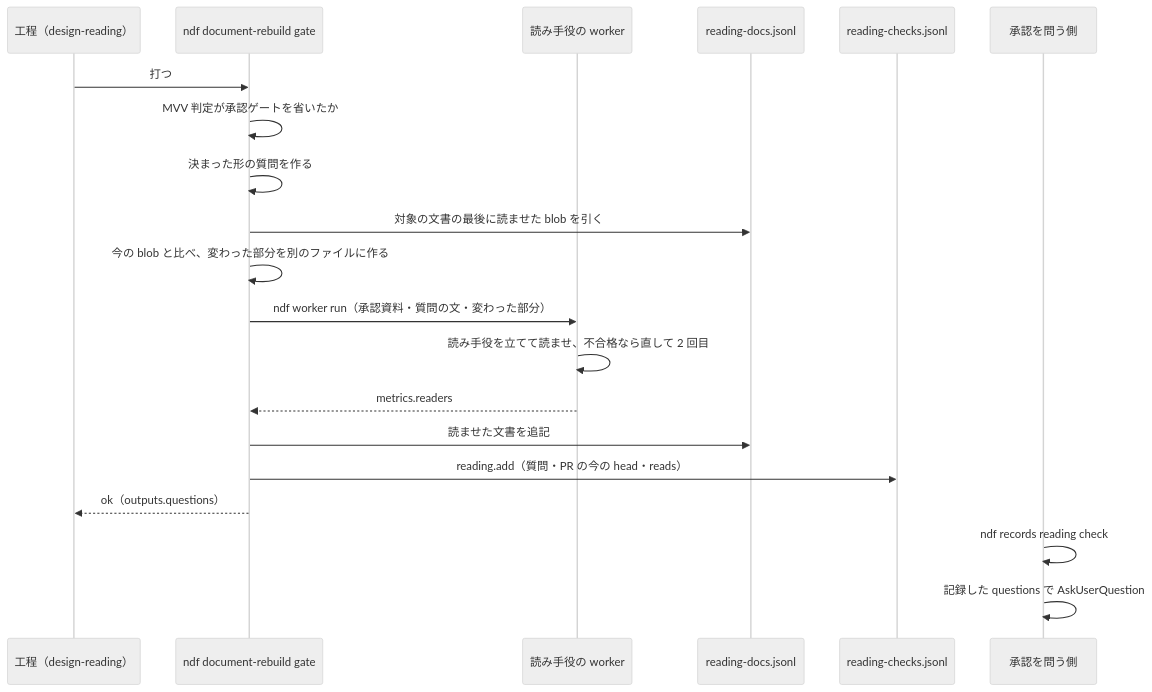
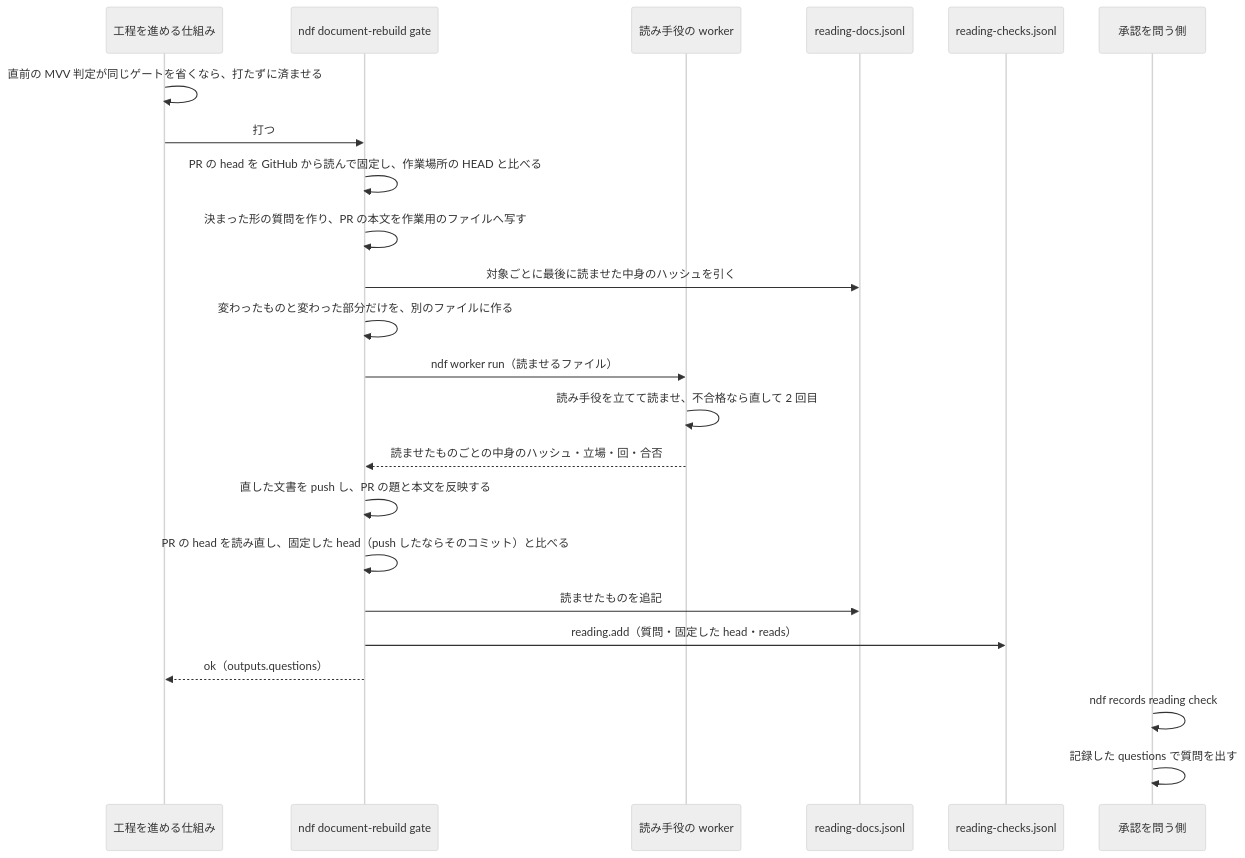
One commit to devbasex/ai-plugins changed the fourth of 4 diagrams in issues/issue-4446-design.md. Above: the diagram before and after it, drawn with Mermaid (neutral theme). The commit also changed other lines of this file, not shown here.

````diff
--- a/issues/issue-4446-design.md
+++ b/issues/issue-4446-design.md
@@ -140,22 +205,25 @@
 ```mermaid
 sequenceDiagram
-  participant S as 工程（design-reading）
+  participant P as 工程を進める仕組み
   participant G as ndf document-rebuild gate
   participant W as 読み手役の worker
   participant B as reading-docs.jsonl
   participant L as reading-checks.jsonl
   participant C as 承認を問う側
-  S->>G: 打つ
-  G->>G: MVV 判定が承認ゲートを省いたか
-  G->>G: 決まった形の質問を作る
-  G->>B: 対象の文書の最後に読ませた blob を引く
-  G->>G: 今の blob と比べ、変わった部分を別のファイルに作る
-  G->>W: ndf worker run（承認資料・質問の文・変わった部分）
+  P->>P: 直前の MVV 判定が同じゲートを省くなら、打たずに済ませる
+  P->>G: 打つ
+  G->>G: PR の head を GitHub から読んで固定し、作業場所の HEAD と比べる
+  G->>G: 決まった形の質問を作り、PR の本文を作業用のファイルへ写す
+  G->>B: 対象ごとに最後に読ませた中身のハッシュを引く
+  G->>G: 変わったものと変わった部分だけを、別のファイルに作る
+  G->>W: ndf worker run（読ませるファイル）
   W->>W: 読み手役を立てて読ませ、不合格なら直して 2 回目
-  W-->>G: metrics.readers
-  G->>B: 読ませた文書を追記
-  G->>L: reading.add（質問・PR の今の head・reads）
-  G-->>S: ok（outputs.questions）
+  W-->>G: 読ませたものごとの中身のハッシュ・立場・回・合否
+  G->>G: 直した文書を push し、PR の題と本文を反映する
+  G->>G: PR の head を読み直し、固定した head（push したならそのコミット）と比べる
+  G->>B: 読ませたものを追記
+  G->>L: reading.add（質問・固定した head・reads）
+  G-->>P: ok（outputs.questions）
   C->>C: ndf records reading check
-  C->>C: 記録した questions で AskUserQuestion
+  C->>C: 記録した questions で質問を出す
 ```
````
